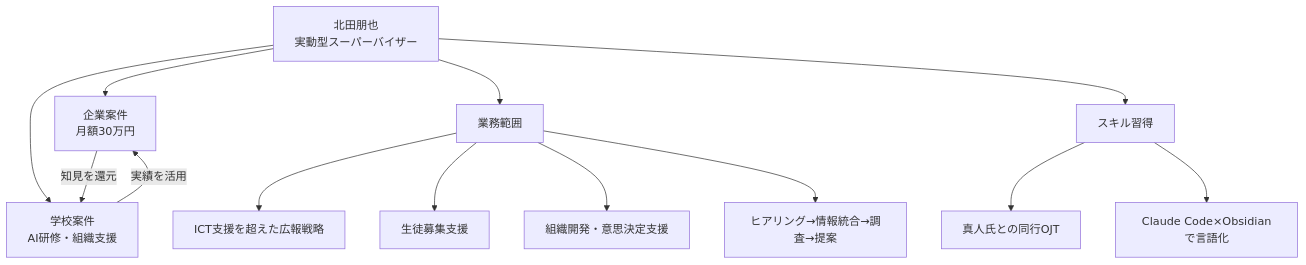
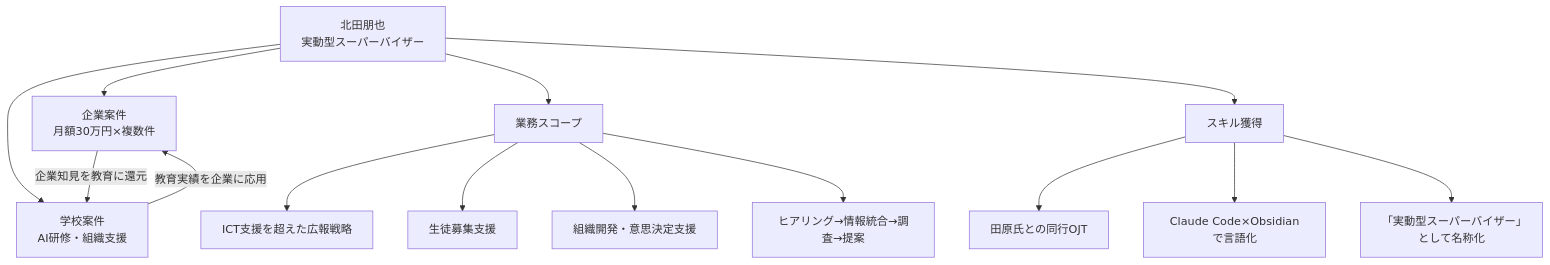
Before and after one commit to VOMOYA/planetary-learning-mtg-reports: the sixth of 9 diagrams in プラネタリーラーニング_運営MTG_20260326.md, drawn with Mermaid. The commit also changed other lines of this file, not shown here.

````diff
--- a/プラネタリーラーニング_運営MTG_20260326.md
+++ b/プラネタリーラーニング_運営MTG_20260326.md
@@ -188,17 +284,18 @@
 ```mermaid
 graph TD
-    A[北田朋也<br/>実動型スーパーバイザー] --> B[企業案件<br/>月額30万円]
+    A[北田朋也<br/>実動型スーパーバイザー] --> B[企業案件<br/>月額30万円×複数件]
     A --> C[学校案件<br/>AI研修・組織支援]
-    B -->|知見を還元| C
-    C -->|実績を活用| B
+    B -->|企業知見を教育に還元| C
+    C -->|教育実績を企業に応用| B
 
-    A --> D[業務範囲]
+    A --> D[業務スコープ]
     D --> D1[ICT支援を超えた広報戦略]
     D --> D2[生徒募集支援]
     D --> D3[組織開発・意思決定支援]
     D --> D4[ヒアリング→情報統合→調査→提案]
 
-    A --> E[スキル習得]
-    E --> E1[真人氏との同行OJT]
+    A --> E[スキル獲得]
+    E --> E1[田原氏との同行OJT]
     E --> E2[Claude Code×Obsidianで言語化]
+    E --> E3[「実動型スーパーバイザー」として名称化]
 ```
````
